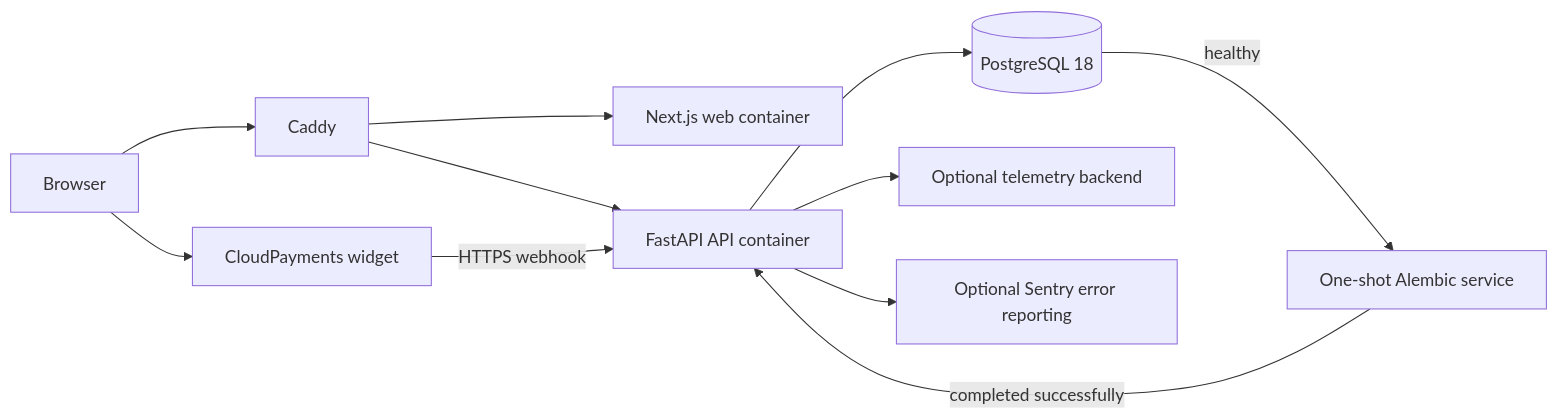
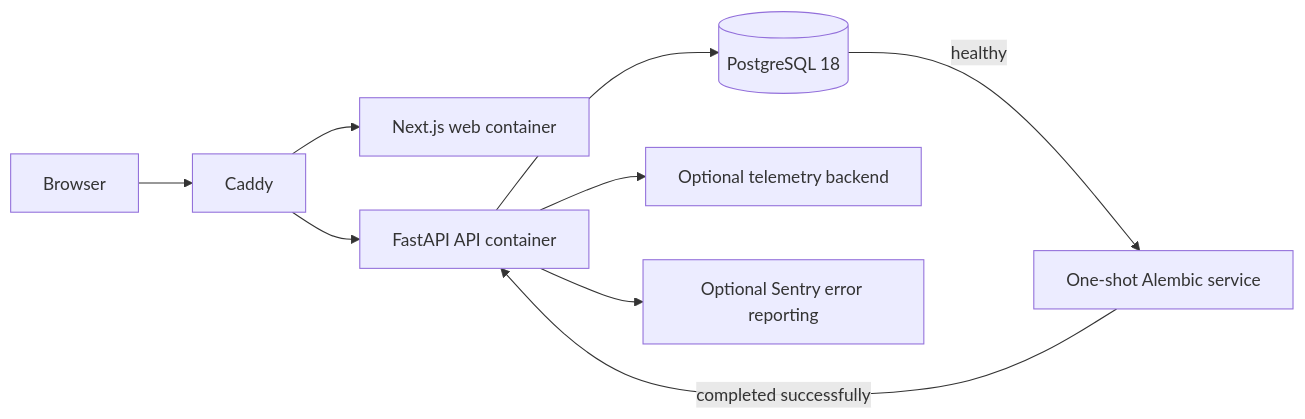
One commit to gushinets/payments-portal changed the diagram in docs/architecture/deployment.md. Above: the diagram before and after it, drawn with Mermaid. The commit also changed other lines of this file and 3 other files, not shown here.

````diff
--- a/docs/architecture/deployment.md
+++ b/docs/architecture/deployment.md
@@ -8,13 +8,11 @@
 ```mermaid
 flowchart LR
   Browser["Browser"] --> Caddy["Caddy"]
   Caddy --> Web["Next.js web container"]
   Caddy --> API["FastAPI API container"]
   DB[("PostgreSQL 18")] -->|"healthy"| Migrate["One-shot Alembic service"]
   Migrate -->|"completed successfully"| API
   API --> DB
-  Browser --> CP["CloudPayments widget"]
-  CP -->|"HTTPS webhook"| API
   API --> OTEL["Optional telemetry backend"]
   API --> Sentry["Optional Sentry error reporting"]
 ```
````
